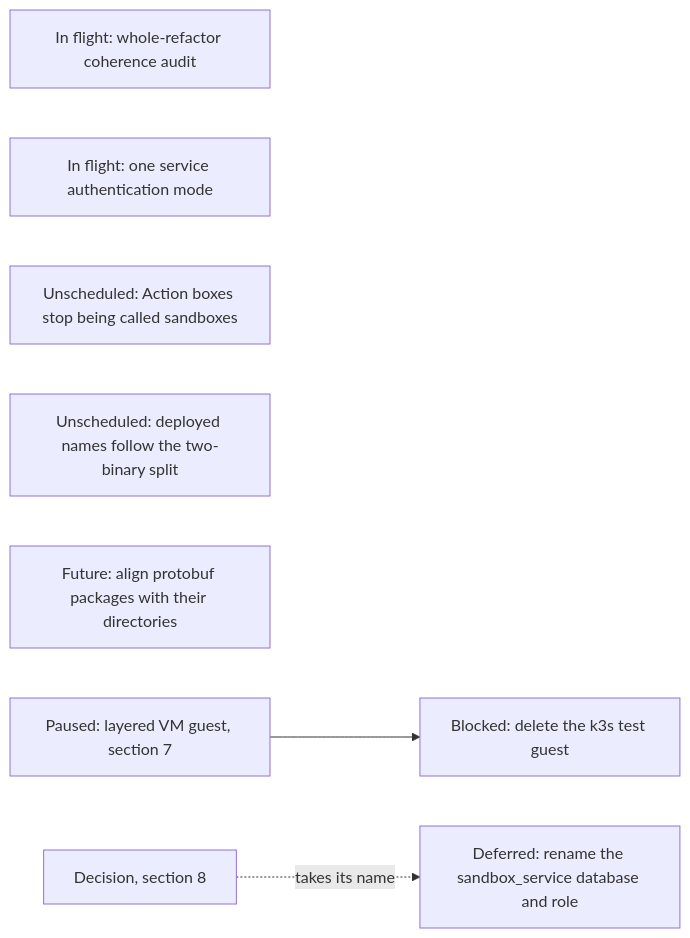
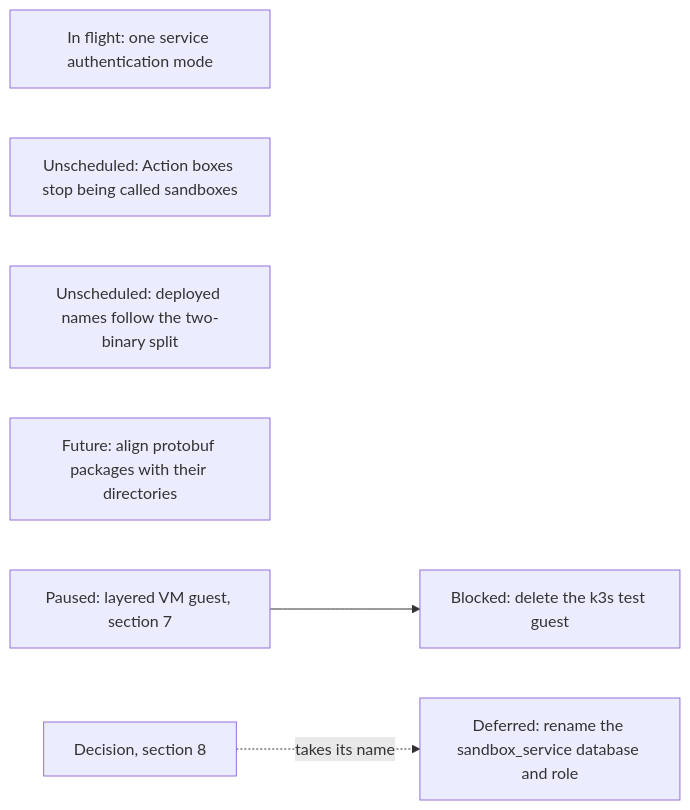
Before and after one commit to agentydragon/ducktape: diagram 19 of 21 in agentplane/plans/task_dag.md, drawn with Mermaid. The commit also changed other lines of this file, not shown here.

Commit message:
docs(agentplane): retire the completed coherence audit node

````diff
--- a/agentplane/plans/task_dag.md
+++ b/agentplane/plans/task_dag.md
@@ -3642,10 +3640,9 @@
 ```mermaid
 flowchart LR
-    REFACTOR_COHERENCE_AUDIT[In flight: whole-refactor coherence audit]
     PRIVILEGED_BACKEND_AUTH_DESIGN[In flight: one service authentication mode]
     ACTION_BOX_RENAME[Unscheduled: Action boxes stop being called sandboxes]
     RUNNER_GATEWAY_RENAME[Unscheduled: deployed names follow the two-binary split]
     PROTO_PACKAGE_ALIGNMENT[Future: align protobuf packages with their directories]
     RUNNER_LAYERING_VM[Paused: layered VM guest, section 7] --> K3S_TEST_GUEST_RETIRE[Blocked: delete the k3s test guest]
     HISTORY_SERVICE_RENAME[Decision, section 8] -. takes its name .-> HISTORY_DATABASE_RENAME[Deferred: rename the sandbox_service database and role]
 ```
````
